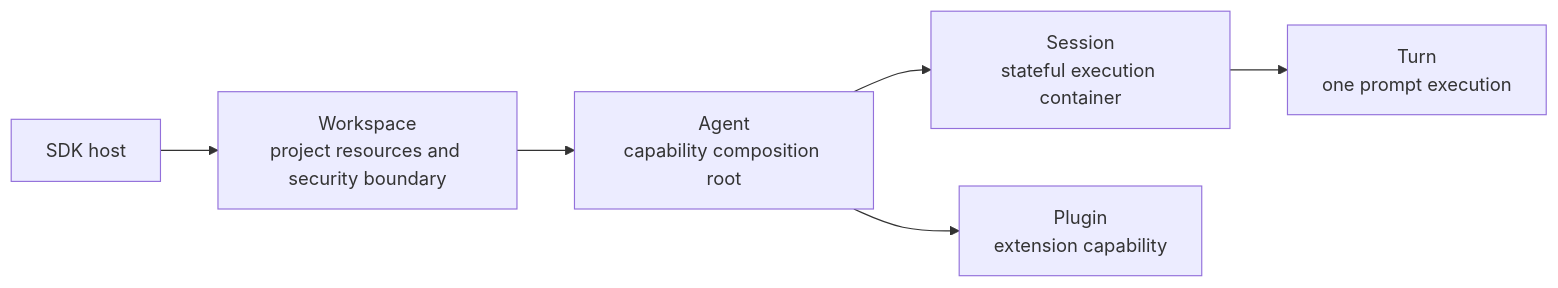
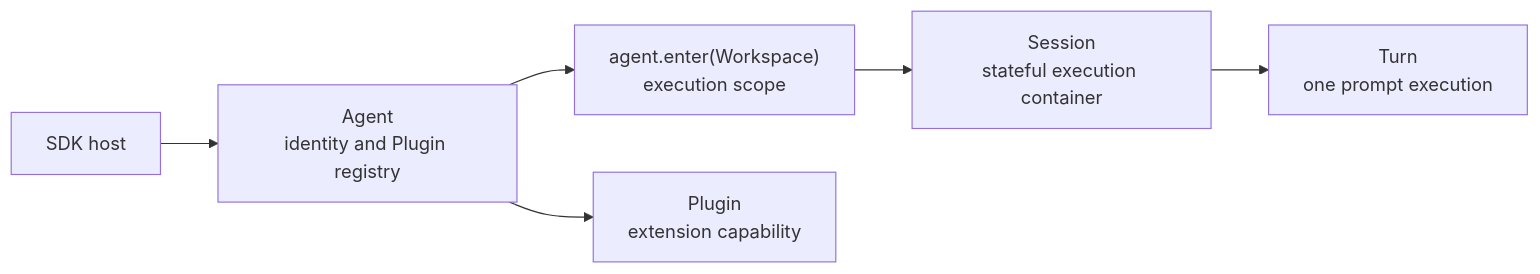
Before and after one commit to genesiscosmos/downcity: the diagram in homepage/content/agent-sdk-docs/en/index.mdx, drawn with Mermaid. The commit also changed other lines of this file and 154 other files, not shown here.

Commit message:
refactor(agent): centralize workspace runtime storage

````diff
--- a/homepage/content/agent-sdk-docs/en/index.mdx
+++ b/homepage/content/agent-sdk-docs/en/index.mdx
@@ -12,8 +12,8 @@
 ```mermaid
 flowchart LR
-    Host["SDK host"] --> Workspace["Workspace<br/>project resources and security boundary"]
-    Workspace --> Agent["Agent<br/>capability composition root"]
-    Agent --> Session["Session<br/>stateful execution container"]
+    Host["SDK host"] --> Agent["Agent<br/>identity and Plugin registry"]
+    Agent --> Workspace["agent.enter(Workspace)<br/>execution scope"]
+    Workspace --> Session["Session<br/>stateful execution container"]
     Session --> Turn["Turn<br/>one prompt execution"]
     Agent --> Plugin["Plugin<br/>extension capability"]
 ```
````
